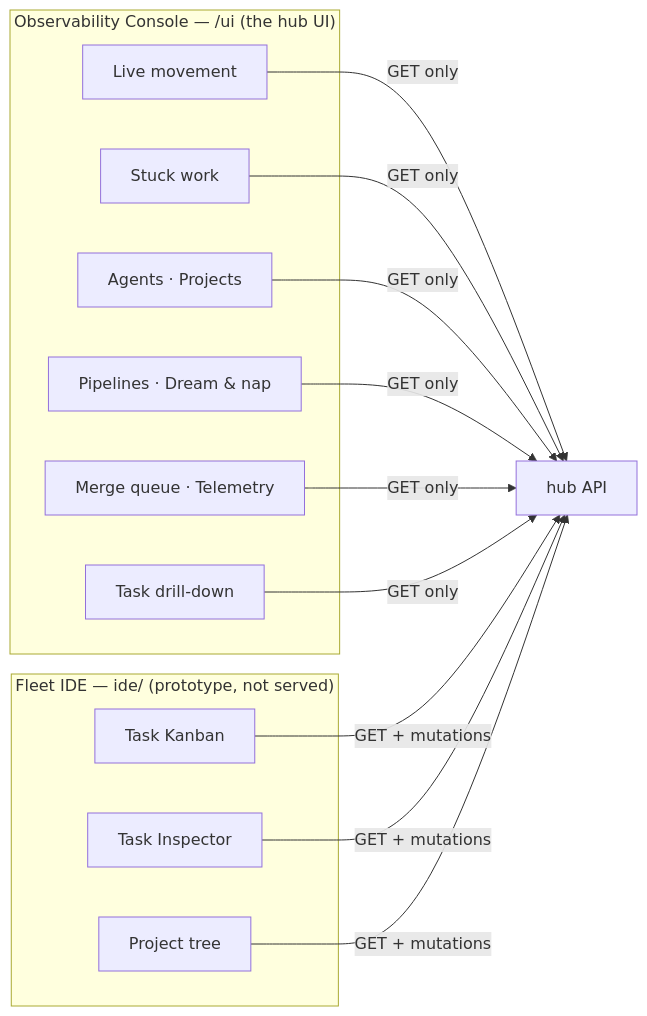
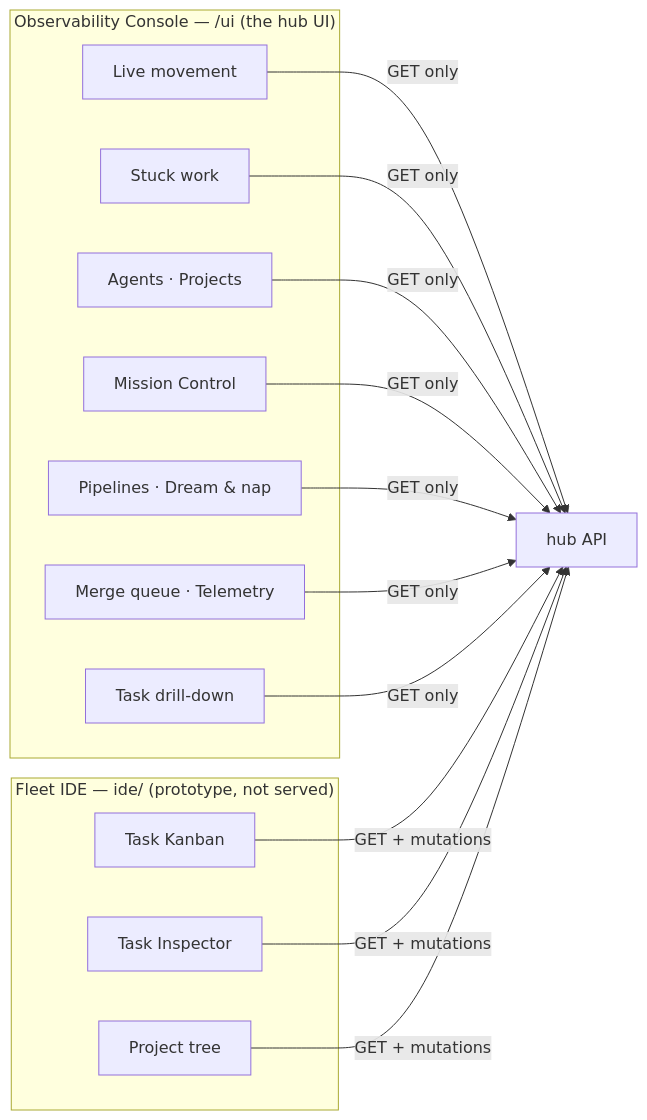
The diagram in docs/guide/04-ui.md (jordanhubbard/mac), drawn with Mermaid before and after one commit. The commit also changed other lines of this file and 21 other files, not shown here.

First line of the commit message:
Add a read-only Mission Control graph view to the hub observability console.

````diff
--- a/docs/guide/04-ui.md
+++ b/docs/guide/04-ui.md
@@ -15,19 +15,20 @@
 ```mermaid
 graph LR
     subgraph "Observability Console — /ui (the hub UI)"
         C1["Live movement"]
         C2["Stuck work"]
         C3["Agents · Projects"]
+        C3b["Mission Control"]
         C4["Pipelines · Dream & nap"]
         C5["Merge queue · Telemetry"]
         C6["Task drill-down"]
     end
     subgraph "Fleet IDE — ide/ (prototype, not served)"
         I1["Task Kanban"]
         I2["Task Inspector"]
         I3["Project tree"]
     end
     API["hub API"]
-    C1 & C2 & C3 & C4 & C5 & C6 -->|GET only| API
+    C1 & C2 & C3 & C3b & C4 & C5 & C6 -->|GET only| API
     I1 & I2 & I3 -->|GET + mutations| API
 ```
````
